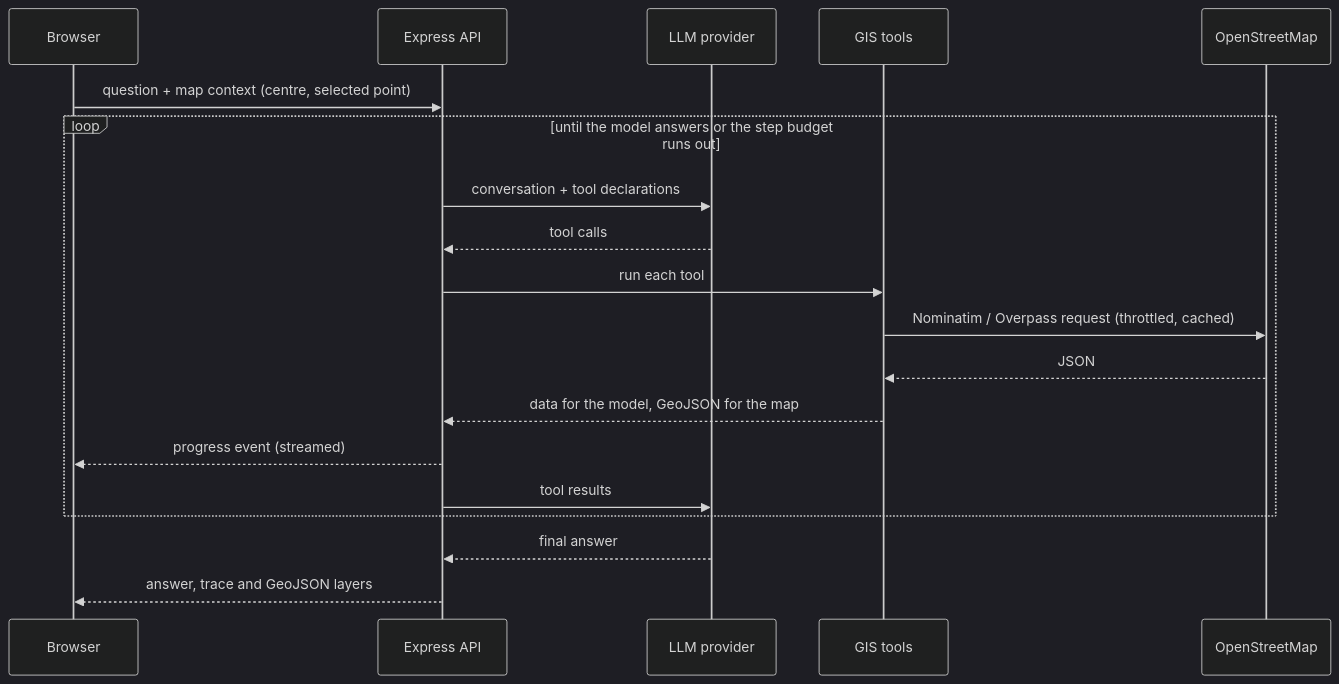
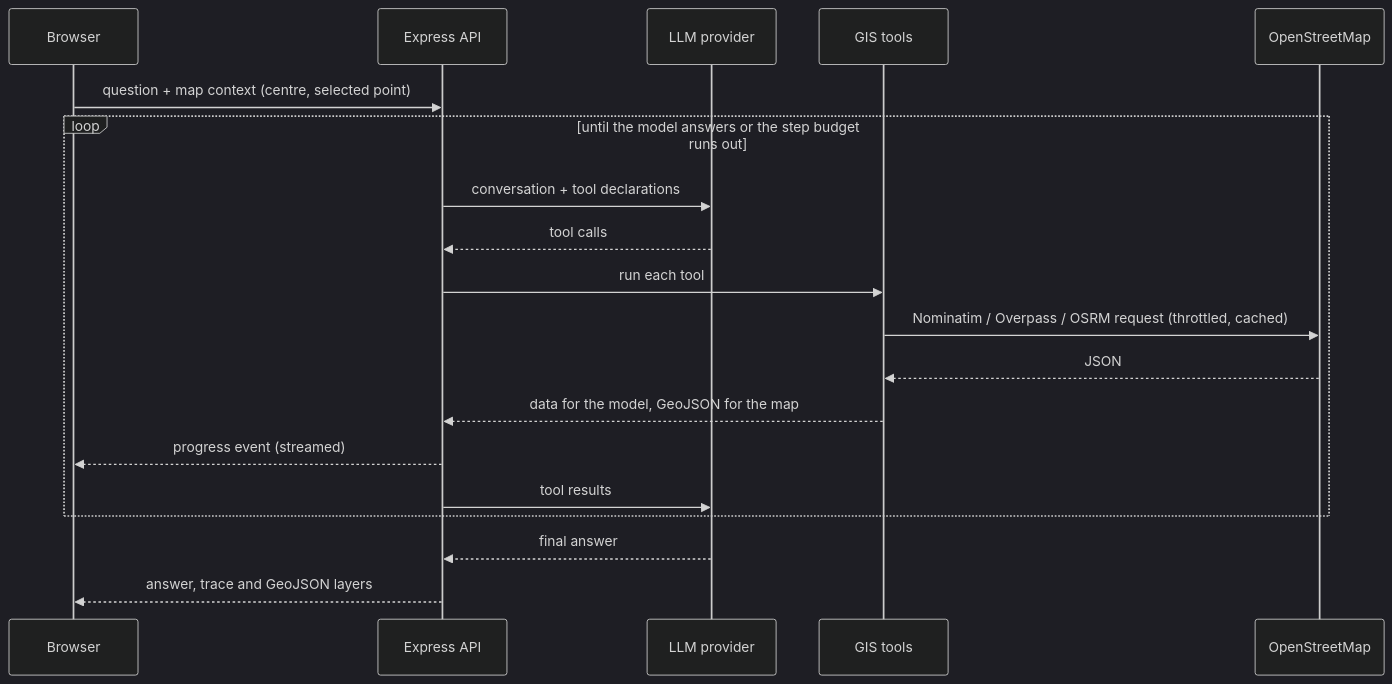
Before and after one commit to satriatva/geoai-webgis-agent: the diagram in README.md, drawn with Mermaid (dark theme). The commit also changed other lines of this file and 6 other files, not shown here.

````diff
--- a/README.md
+++ b/README.md
@@ -79,22 +90,22 @@
 ```mermaid
 sequenceDiagram
     participant U as Browser
     participant S as Express API
     participant L as LLM provider
     participant T as GIS tools
     participant O as OpenStreetMap
 
     U->>S: question + map context (centre, selected point)
     loop until the model answers or the step budget runs out
         S->>L: conversation + tool declarations
         L-->>S: tool calls
         S->>T: run each tool
-        T->>O: Nominatim / Overpass request (throttled, cached)
+        T->>O: Nominatim / Overpass / OSRM request (throttled, cached)
         O-->>T: JSON
         T-->>S: data for the model, GeoJSON for the map
         S-->>U: progress event (streamed)
         S->>L: tool results
     end
     L-->>S: final answer
     S-->>U: answer, trace and GeoJSON layers
 ```
````
